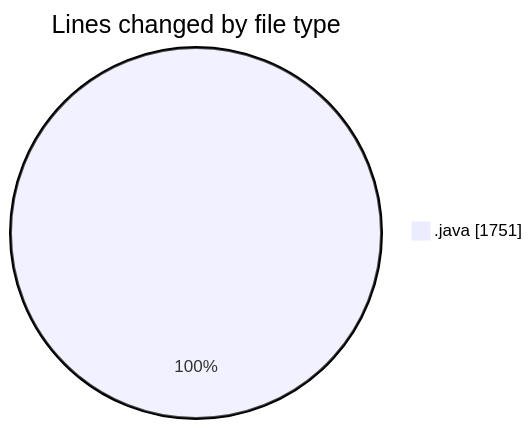
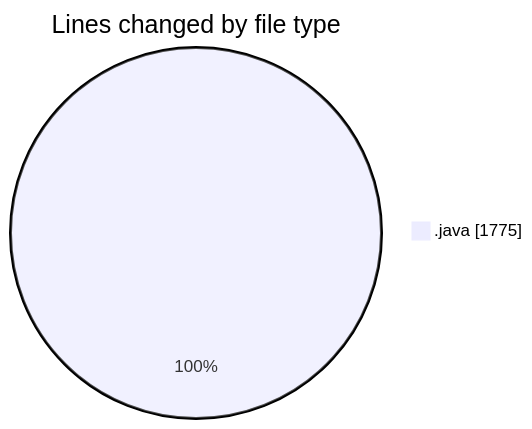
One commit to charlie-sans/code-tracking changed the first of 2 diagrams in 2025-02-23/micros/README.md. Above: the diagram before and after it, drawn with Mermaid. The commit also changed other lines of this file and 1 other file, not shown here.

````diff
--- a/2025-02-23/micros/README.md
+++ b/2025-02-23/micros/README.md
@@ -27,5 +27,5 @@
 ```mermaid
 pie showData
 title Lines changed by file type
-".java" : 1751
+".java" : 1775
 ```
````
